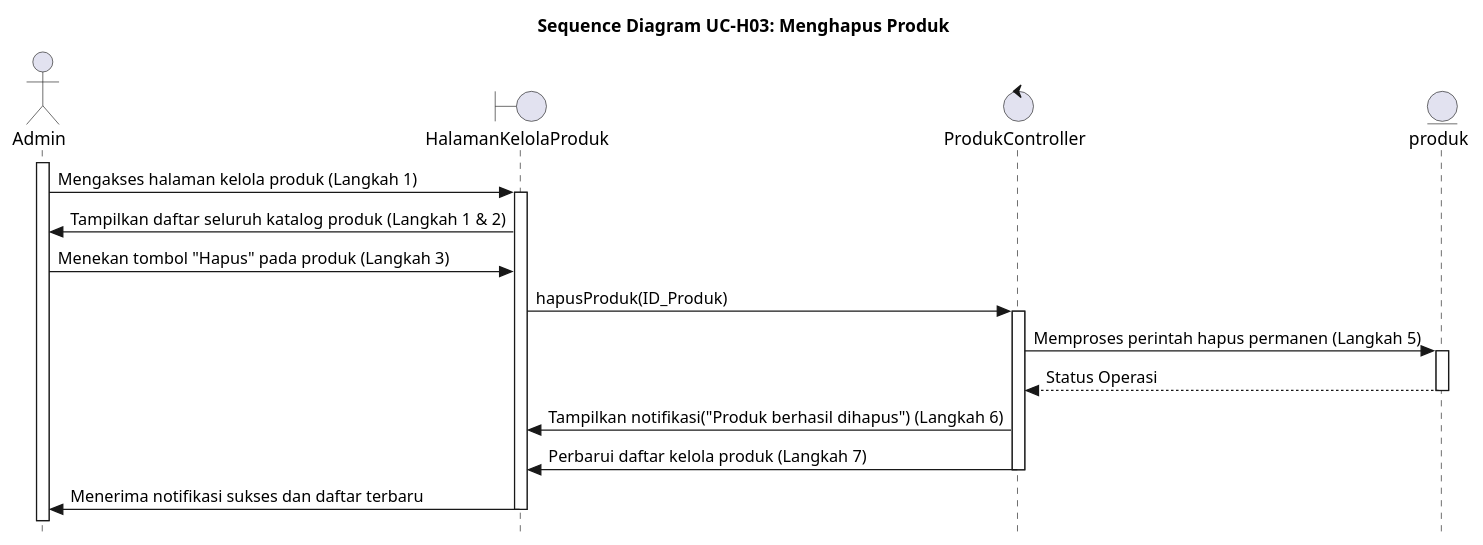
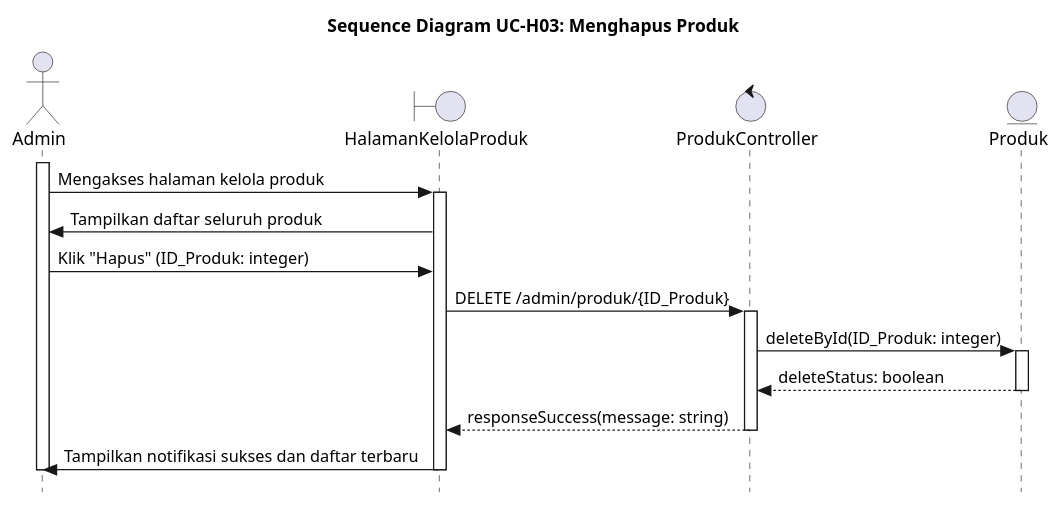
One commit to alfiahnurfa/RSI-PROYEK-AKHIR-SEQUENCE changed the diagram in UC-H03.PUML. Above: the diagram before and after it, drawn with PlantUML. The commit also changed 60 other files, not shown here.

```diff
--- a/UC-H03.PUML
+++ b/UC-H03.PUML
@@ -1,54 +1,33 @@
 @startuml SD-UC-H03_HapusProduk
 title Sequence Diagram UC-H03: Menghapus Produk
 skinparam style strictuml
 
 actor Admin
 boundary HalamanKelolaProduk
 control ProdukController
-entity produk
-' box "Sistem Manajemen Produk"
-'     participant HalamanKelolaProduk
-'     participant ProdukController
-' end box
+entity Produk
 
 activate Admin
-Admin -> HalamanKelolaProduk : Mengakses halaman kelola produk (Langkah 1)
+Admin -> HalamanKelolaProduk : Mengakses halaman kelola produk
 activate HalamanKelolaProduk
 
-HalamanKelolaProduk -> Admin : Tampilkan daftar seluruh katalog produk (Langkah 1 & 2)
+HalamanKelolaProduk -> Admin : Tampilkan daftar seluruh produk
 
-Admin -> HalamanKelolaProduk : Menekan tombol "Hapus" pada produk (Langkah 3)
-' HalamanKelolaProduk -> ProdukController : Tampilkan kotak dialog konfirmasi (Langkah 3)
+Admin -> HalamanKelolaProduk : Klik "Hapus" (ID_Produk: integer)
 
-' Admin -> HalamanKelolaProduk : Memilih "Ya, Hapus" / "Batal" (Langkah 4 / 4.a)
-
-HalamanKelolaProduk -> ProdukController : hapusProduk(ID_Produk)
+HalamanKelolaProduk -> ProdukController : DELETE /admin/produk/{ID_Produk}
 activate ProdukController
 
-ProdukController -> produk : Memproses perintah hapus permanen (Langkah 5)
-activate produk
-return Status Operasi
-deactivate produk
+ProdukController -> Produk : deleteById(ID_Produk: integer)
+activate Produk
+Produk --> ProdukController : deleteStatus: boolean
+deactivate Produk
 
-ProdukController -> HalamanKelolaProduk : Tampilkan notifikasi("Produk berhasil dihapus") (Langkah 6)
-
-ProdukController -> HalamanKelolaProduk : Perbarui daftar kelola produk (Langkah 7)
+ProdukController --> HalamanKelolaProduk : responseSuccess(message: string)
 deactivate ProdukController
 
-HalamanKelolaProduk -> Admin : Menerima notifikasi sukses dan daftar terbaru
-
-' alt Jika Admin Memilih "Ya, Hapus" (Main Flow)
-
-' else Jika Admin Memilih "Batal" (Alternative Flow 4.a)
-'     HalamanKelolaProduk -> ProdukController : batalkanPenghapusan(ID_Produk)
-'     activate ProdukController
-    
-'     ProdukController -> HalamanKelolaProduk : Berikan notifikasi("Penghapusan dibatalkan.") (Langkah 5.a)
-'     deactivate ProdukController
-    
-'     HalamanKelolaProduk -> Admin : Menerima notifikasi pembatalan (Langkah 5.a)
-' end alt
-
+HalamanKelolaProduk -> Admin : Tampilkan notifikasi sukses dan daftar terbaru
 deactivate HalamanKelolaProduk
+deactivate Admin
 
 @enduml
```
